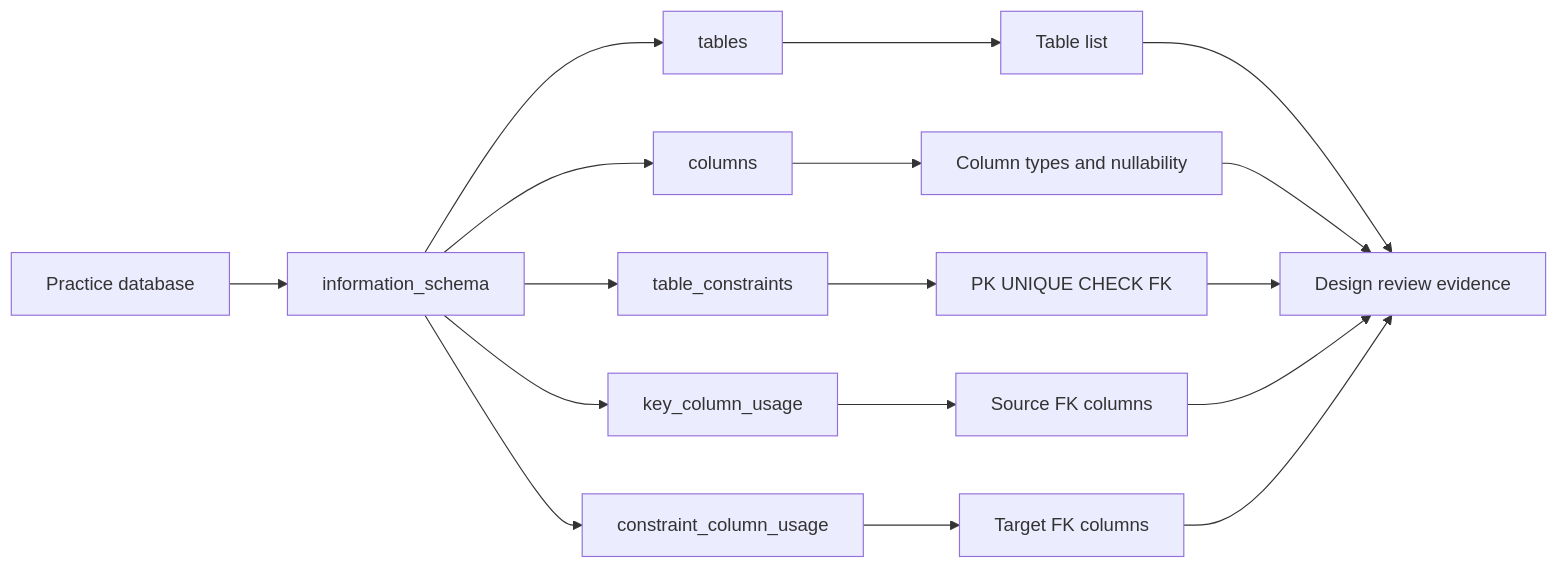
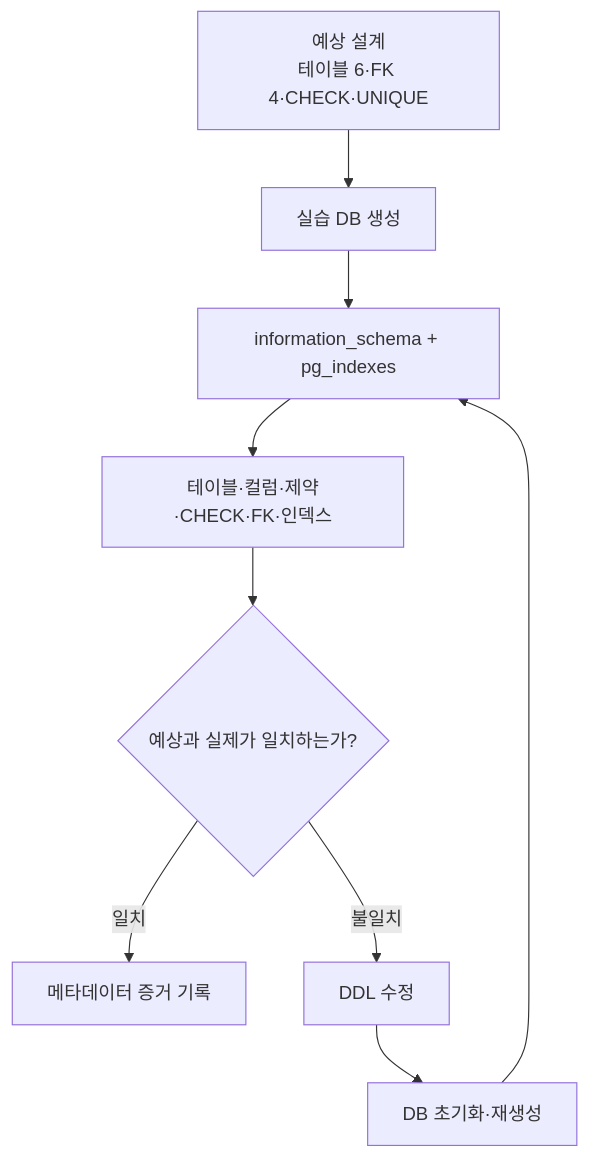
The diagram in images/chapter13/ch13_07_information_schema_review.mmd (GilbertMoon/ai-database-book), drawn with Mermaid before and after one commit.

Commit message:
Revise Chapter 13 metadata Mermaid

```diff
--- a/images/chapter13/ch13_07_information_schema_review.mmd
+++ b/images/chapter13/ch13_07_information_schema_review.mmd
@@ -1,19 +1,9 @@
-flowchart LR
-    A[Practice database] --> B[information_schema]
-    B --> C[tables]
-    B --> D[columns]
-    B --> E[table_constraints]
-    B --> F[key_column_usage]
-    B --> G[constraint_column_usage]
-
-    C --> H[Table list]
-    D --> I[Column types and nullability]
-    E --> J[PK UNIQUE CHECK FK]
-    F --> K[Source FK columns]
-    G --> L[Target FK columns]
-
-    H --> M[Design review evidence]
-    I --> M
-    J --> M
-    K --> M
-    L --> M
+flowchart TB
+    A[예상 설계<br/>테이블 6·FK 4·CHECK·UNIQUE] --> B[실습 DB 생성]
+    B --> C[information_schema + pg_indexes]
+    C --> D[테이블·컬럼·제약·CHECK·FK·인덱스]
+    D --> E{예상과 실제가 일치하는가?}
+    E -- 일치 --> F[메타데이터 증거 기록]
+    E -- 불일치 --> G[DDL 수정]
+    G --> H[DB 초기화·재생성]
+    H --> C
```
